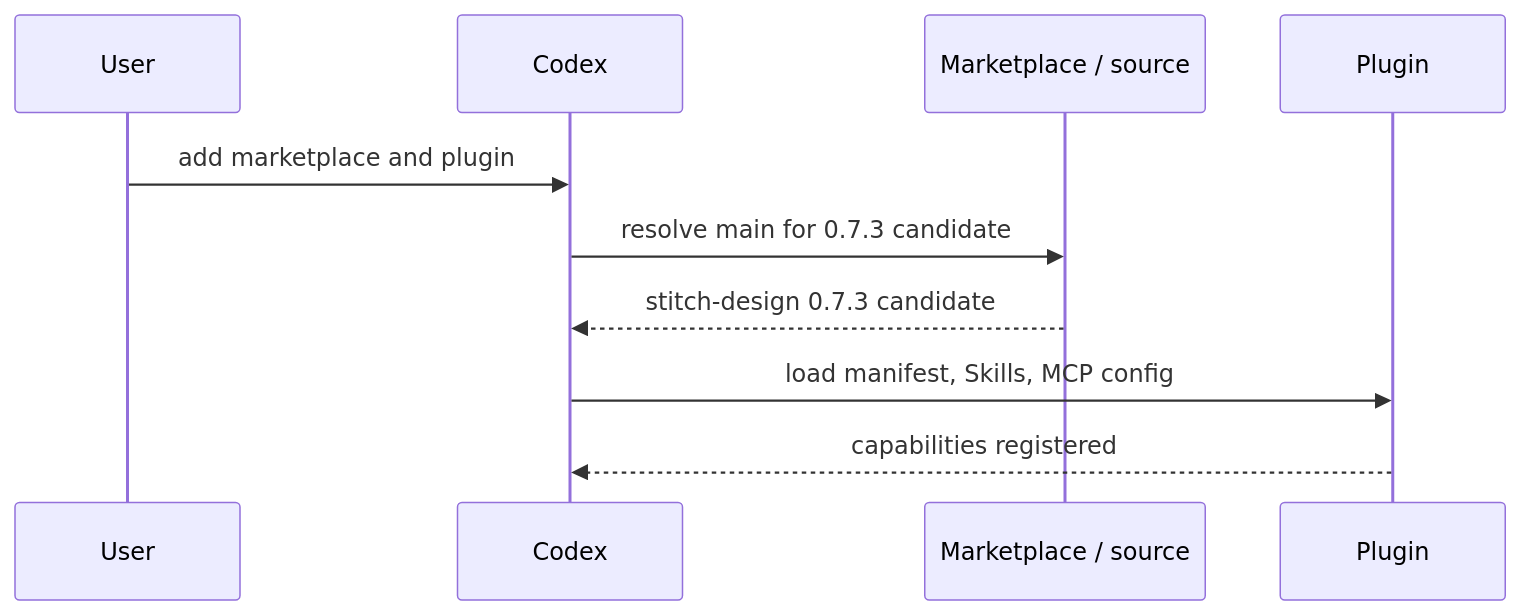
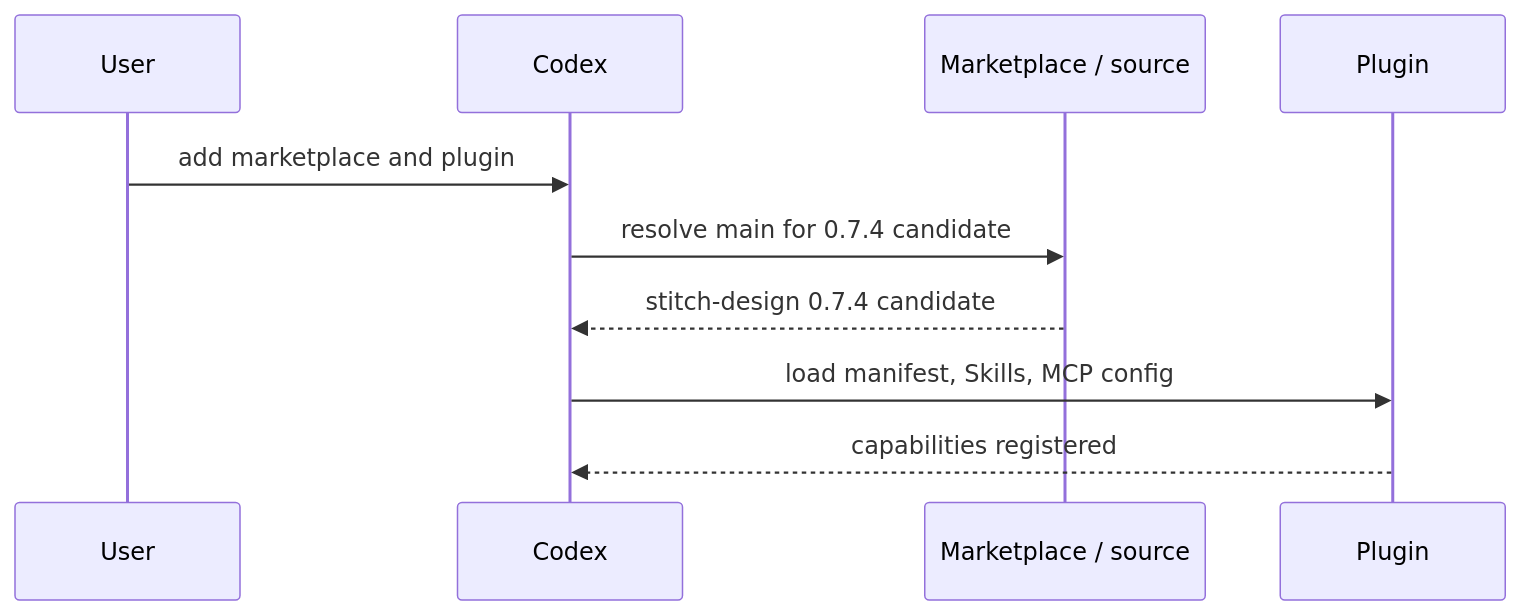
Before and after one commit to full-stack-plugins/stitch-design-plugin: the seventh of 11 diagrams in docs/Stitch-Design-Architecture.md, drawn with Mermaid. The commit also changed other lines of this file and 19 other files, not shown here.

````diff
--- a/docs/Stitch-Design-Architecture.md
+++ b/docs/Stitch-Design-Architecture.md
@@ -175,12 +175,12 @@
 ```mermaid
 sequenceDiagram
     participant U as User
     participant C as Codex
     participant M as Marketplace / source
     participant P as Plugin
     U->>C: add marketplace and plugin
-    C->>M: resolve main for 0.7.3 candidate
-    M-->>C: stitch-design 0.7.3 candidate
+    C->>M: resolve main for 0.7.4 candidate
+    M-->>C: stitch-design 0.7.4 candidate
     C->>P: load manifest, Skills, MCP config
     P-->>C: capabilities registered
 ```
````
